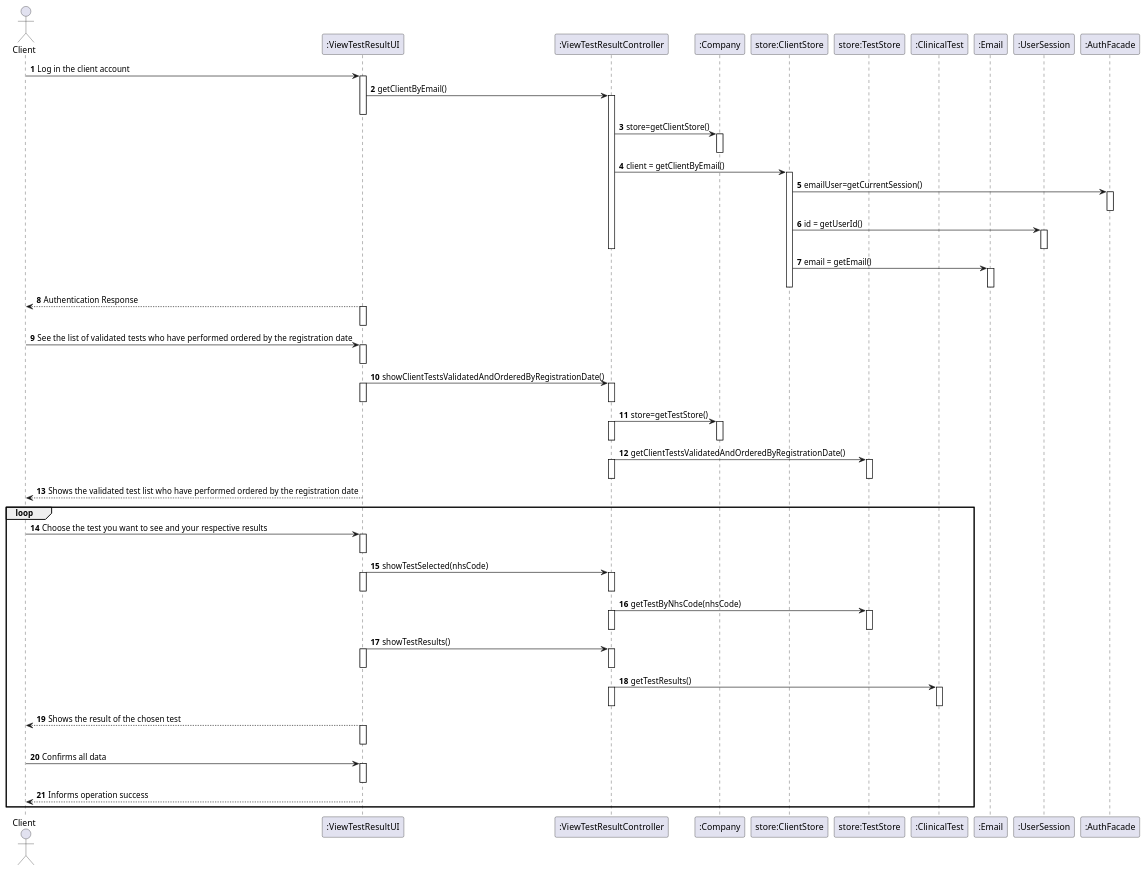
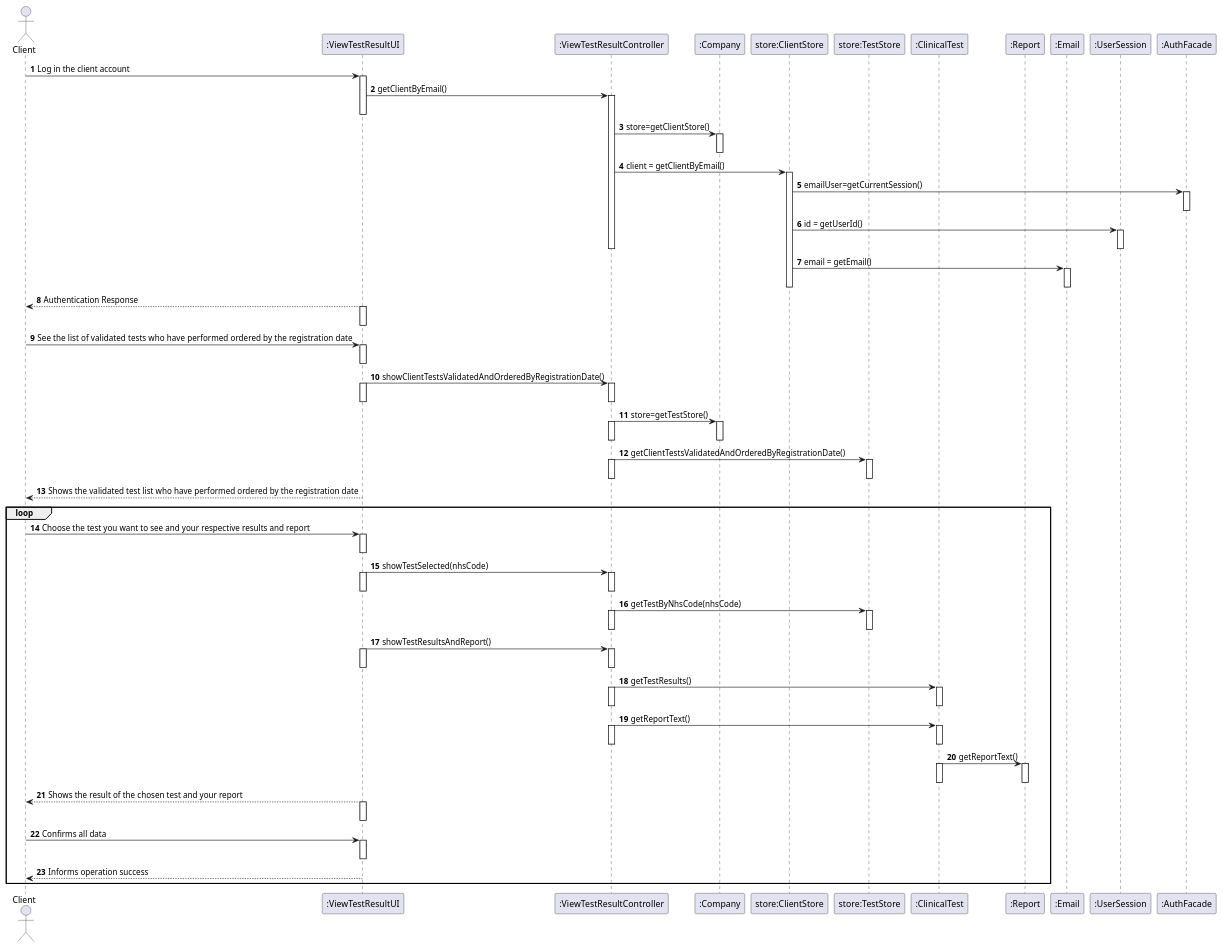
The diagram in docs/SprintD/US1/US1_SD.puml (GuilhermeCunha79/lapr2), drawn with PlantUML before and after one commit. The commit also changed 13 other files, not shown here.

```diff
--- a/docs/SprintD/US1/US1_SD.puml
+++ b/docs/SprintD/US1/US1_SD.puml
@@ -1,123 +1,137 @@
 @startuml
 autonumber
 'hide footbox
 actor "Client" as CLIENT
 
 participant ":ViewTestResultUI" as UI
 participant ":ViewTestResultController" as CTRL
 participant ":Company" as COMP
 participant "store:ClientStore" as STR
 participant "store:TestStore" as TTS
 participant ":ClinicalTest" as T
+participant ":Report" as R
 participant ":Email" as EM
 participant ":UserSession" as US
 participant ":AuthFacade" as AF
 
 
 CLIENT -> UI: Log in the client account
 activate UI
 
 UI -> CTRL: getClientByEmail()
 activate CTRL
 deactivate UI
 
 CTRL-> COMP : store=getClientStore()
 activate COMP
 deactivate COMP
 CTRL->STR : client = getClientByEmail()
 activate STR
 STR-> AF :emailUser=getCurrentSession()
 activate AF
 deactivate AF
 STR -> US : id = getUserId()
 activate US
 deactivate US
 deactivate CTRL
 
 
 
 STR->EM: email = getEmail()
 activate EM
 deactivate EM
 deactivate STR
 deactivate STR
 
 UI --> CLIENT: Authentication Response
 activate UI
 deactivate UI
 
 
 
 CLIENT -> UI: See the list of  validated tests who have performed ordered by the registration date
 activate UI
 deactivate UI
 
 
 
 
 UI -> CTRL: showClientTestsValidatedAndOrderedByRegistrationDate()
 activate UI
 deactivate UI
 activate CTRL
 deactivate CTRL
 
 CTRL -> COMP: store=getTestStore()
 activate CTRL
 deactivate CTRL
 activate COMP
 deactivate COMP
 
 CTRL -> TTS: getClientTestsValidatedAndOrderedByRegistrationDate()
 activate CTRL
 deactivate CTRL
 activate TTS
 deactivate TTS
 
 
 UI --> CLIENT: Shows the validated test list who have performed ordered by the registration date
 
 loop
-CLIENT -> UI: Choose the test you want to see and your respective results
+CLIENT -> UI: Choose the test you want to see and your respective results and report
 activate UI
 deactivate UI
 
 UI -> CTRL: showTestSelected(nhsCode)
 activate UI
 deactivate UI
 activate CTRL
 deactivate CTRL
 
 CTRL -> TTS: getTestByNhsCode(nhsCode)
 activate CTRL
 deactivate CTRL
 activate TTS
 deactivate TTS
 
-UI -> CTRL: showTestResults()
+UI -> CTRL: showTestResultsAndReport()
 activate UI
 deactivate UI
 activate CTRL
 deactivate CTRL
 
 CTRL -> T: getTestResults()
 activate CTRL
 deactivate CTRL
 activate T
 deactivate T
 
 
+CTRL -> T: getReportText()
+activate CTRL
+deactivate CTRL
+activate T
+deactivate T
 
-UI --> CLIENT: Shows the result of the chosen test
+T -> R: getReportText()
+activate T
+deactivate T
+activate R
+deactivate R
+
+
+
+UI --> CLIENT: Shows the result of the chosen test and your report
 activate UI
 deactivate UI
 
 CLIENT -> UI: Confirms all data
 activate UI
 deactivate UI
 
 
 
 UI --> CLIENT: Informs operation success
 end
 
 @enduml
```
